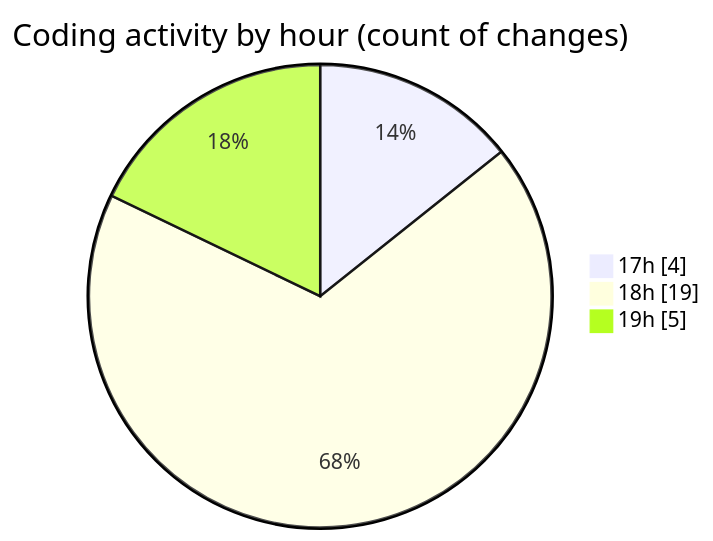
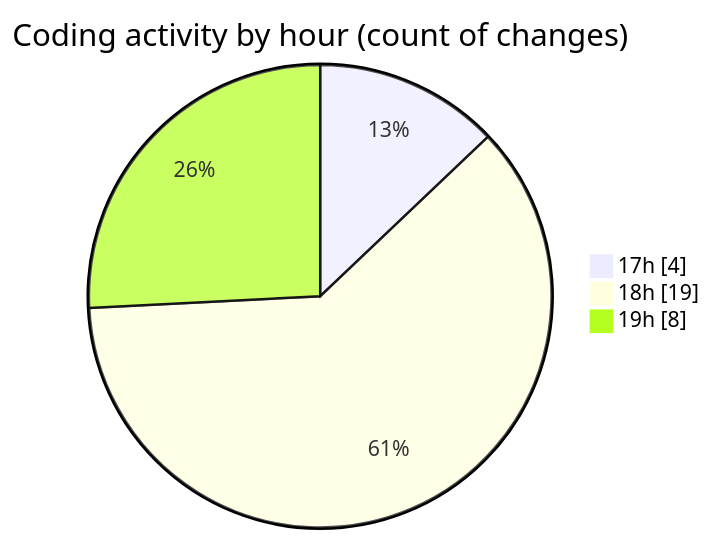
Before and after one commit to MatusMokan/code-tracking: the second of 2 diagrams in 2025-03-18/myws__workspace_/README.md, drawn with Mermaid. The commit also changed other lines of this file and 1 other file, not shown here.

````diff
--- a/2025-03-18/myws__workspace_/README.md
+++ b/2025-03-18/myws__workspace_/README.md
@@ -30,7 +30,7 @@
 ```mermaid
 pie showData
 title Coding activity by hour (count of changes)
 "17h" : 4
 "18h" : 19
-"19h" : 5
+"19h" : 8
 ```
````
